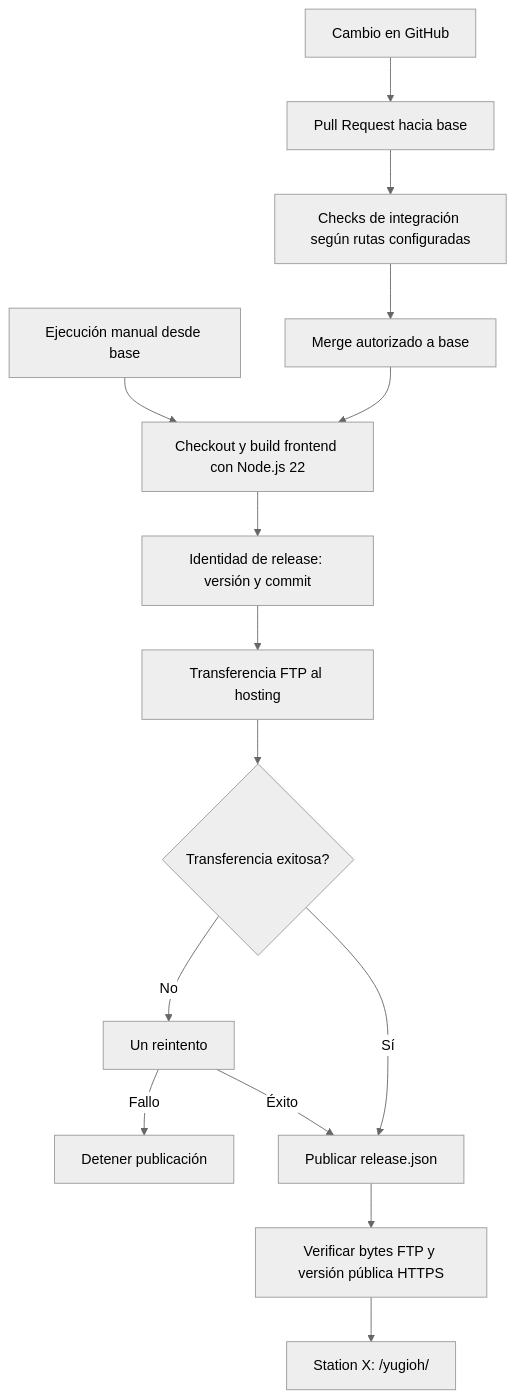
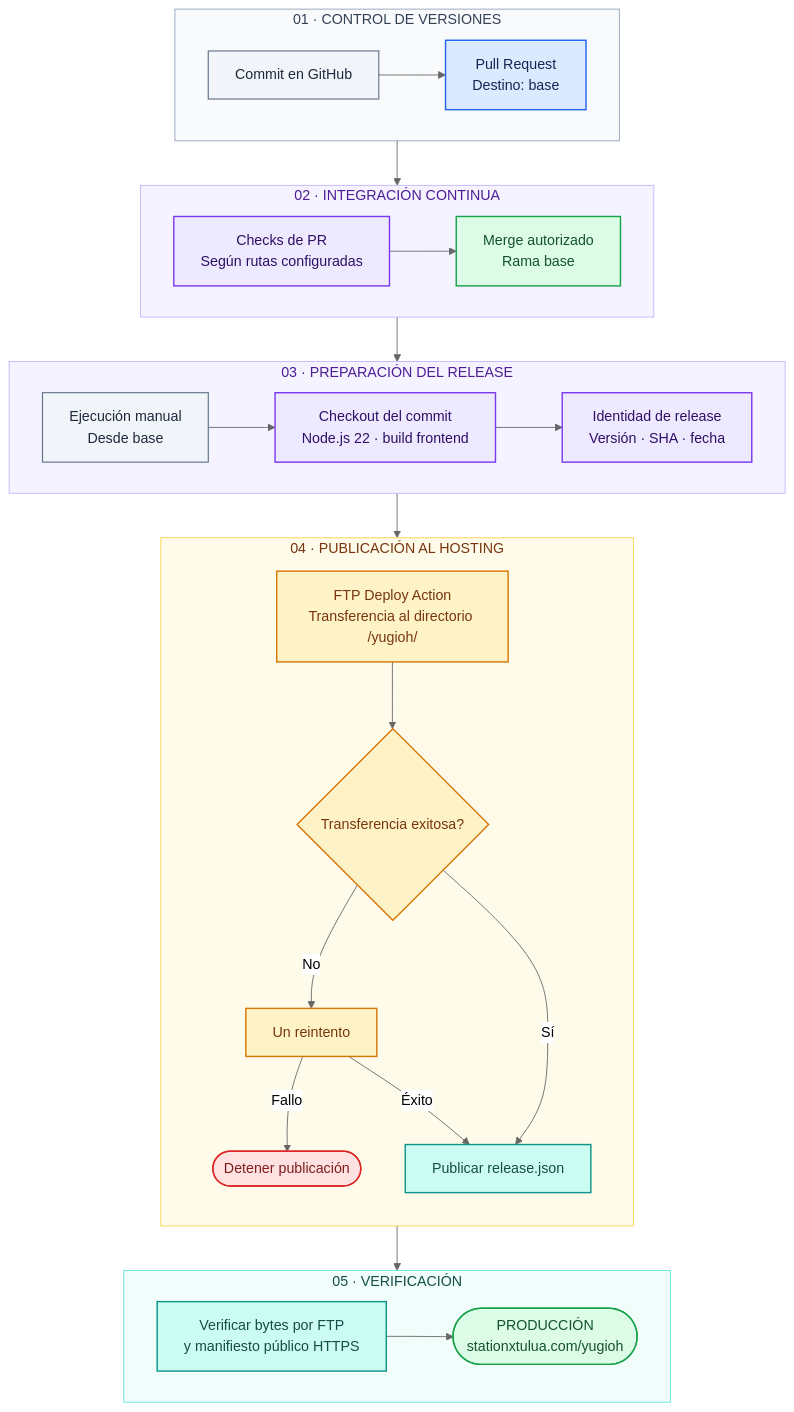
One commit to senior23enginer-coder/platform-yugioh-md changed the seventh of 8 diagrams in README.md. Above: the diagram before and after it, drawn with Mermaid (neutral theme). The commit also changed other lines of this file, not shown here.

Commit message:
docs: enrich architecture diagrams with visual layers and semantic colors

````diff
--- a/README.md
+++ b/README.md
@@ -497,17 +697,57 @@
 ```mermaid
-flowchart TD
-    DEV["Cambio en GitHub"] --> PR["Pull Request hacia base"]
-    PR --> CI["Checks de integración según rutas configuradas"]
-    CI --> MERGE["Merge autorizado a base"]
-    MAN["Ejecución manual desde base"] --> BUILD
-    MERGE --> BUILD["Checkout y build frontend con Node.js 22"]
-    BUILD --> REL["Identidad de release: versión y commit"]
-    REL --> FTP["Transferencia FTP al hosting"]
-    FTP --> OK{"Transferencia exitosa?"}
-    OK -->|"No"| RET["Un reintento"]
-    RET -->|"Fallo"| STOP["Detener publicación"]
-    RET -->|"Éxito"| PUB["Publicar release.json"]
-    OK -->|"Sí"| PUB
-    PUB --> VER["Verificar bytes FTP y versión pública HTTPS"]
-    VER --> PROD["Station X: /yugioh/"]
+flowchart TB
+    subgraph DEV["01 · CONTROL DE VERSIONES"]
+        direction LR
+        CHANGE["Commit en GitHub"]:::gray
+        PR["Pull Request<br/>Destino: base"]:::blue
+        CHANGE --> PR
+    end
+    subgraph CI["02 · INTEGRACIÓN CONTINUA"]
+        direction LR
+        CHECK["Checks de PR<br/>Según rutas configuradas"]:::violet
+        MERGE["Merge autorizado<br/>Rama base"]:::green
+        CHECK --> MERGE
+    end
+    subgraph BUILD["03 · PREPARACIÓN DEL RELEASE"]
+        direction LR
+        MAN["Ejecución manual<br/>Desde base"]:::gray
+        CO["Checkout del commit<br/>Node.js 22 · build frontend"]:::violet
+        REL["Identidad de release<br/>Versión · SHA · fecha"]:::violet
+        MAN --> CO --> REL
+    end
+    subgraph DEPLOY["04 · PUBLICACIÓN AL HOSTING"]
+        direction TB
+        FTP["FTP Deploy Action<br/>Transferencia al directorio /yugioh/"]:::amber
+        OK{"Transferencia exitosa?"}:::amber
+        RET["Un reintento"]:::amber
+        STOP(["Detener publicación"]):::red
+        PUB["Publicar release.json"]:::teal
+        FTP --> OK
+        OK -->|"No"| RET
+        RET -->|"Fallo"| STOP
+        RET -->|"Éxito"| PUB
+        OK -->|"Sí"| PUB
+    end
+    subgraph VERIFY["05 · VERIFICACIÓN"]
+        direction LR
+        VER["Verificar bytes por FTP<br/>y manifiesto público HTTPS"]:::teal
+        PROD(["PRODUCCIÓN<br/>stationxtulua.com/yugioh"]):::green
+        VER --> PROD
+    end
+    PR --> CHECK
+    MERGE --> CO
+    REL --> FTP
+    PUB --> VER
+    style DEV fill:#F8FAFC,stroke:#94A3B8,color:#334155
+    style CI fill:#F5F3FF,stroke:#C4B5FD,color:#4C1D95
+    style BUILD fill:#F5F3FF,stroke:#C4B5FD,color:#4C1D95
+    style DEPLOY fill:#FFFBEB,stroke:#FCD34D,color:#78350F
+    style VERIFY fill:#F0FDFA,stroke:#5EEAD4,color:#134E4A
+    classDef blue fill:#DBEAFE,stroke:#2563EB,color:#172554,stroke-width:1.6px
+    classDef violet fill:#EDE9FE,stroke:#7C3AED,color:#2E1065,stroke-width:1.6px
+    classDef green fill:#DCFCE7,stroke:#16A34A,color:#14532D,stroke-width:1.6px
+    classDef amber fill:#FEF3C7,stroke:#D97706,color:#78350F,stroke-width:1.6px
+    classDef teal fill:#CCFBF1,stroke:#0D9488,color:#134E4A,stroke-width:1.6px
+    classDef gray fill:#F1F5F9,stroke:#64748B,color:#1E293B,stroke-width:1.3px
+    classDef red fill:#FEE2E2,stroke:#DC2626,color:#7F1D1D,stroke-width:1.6px
 ```
````
